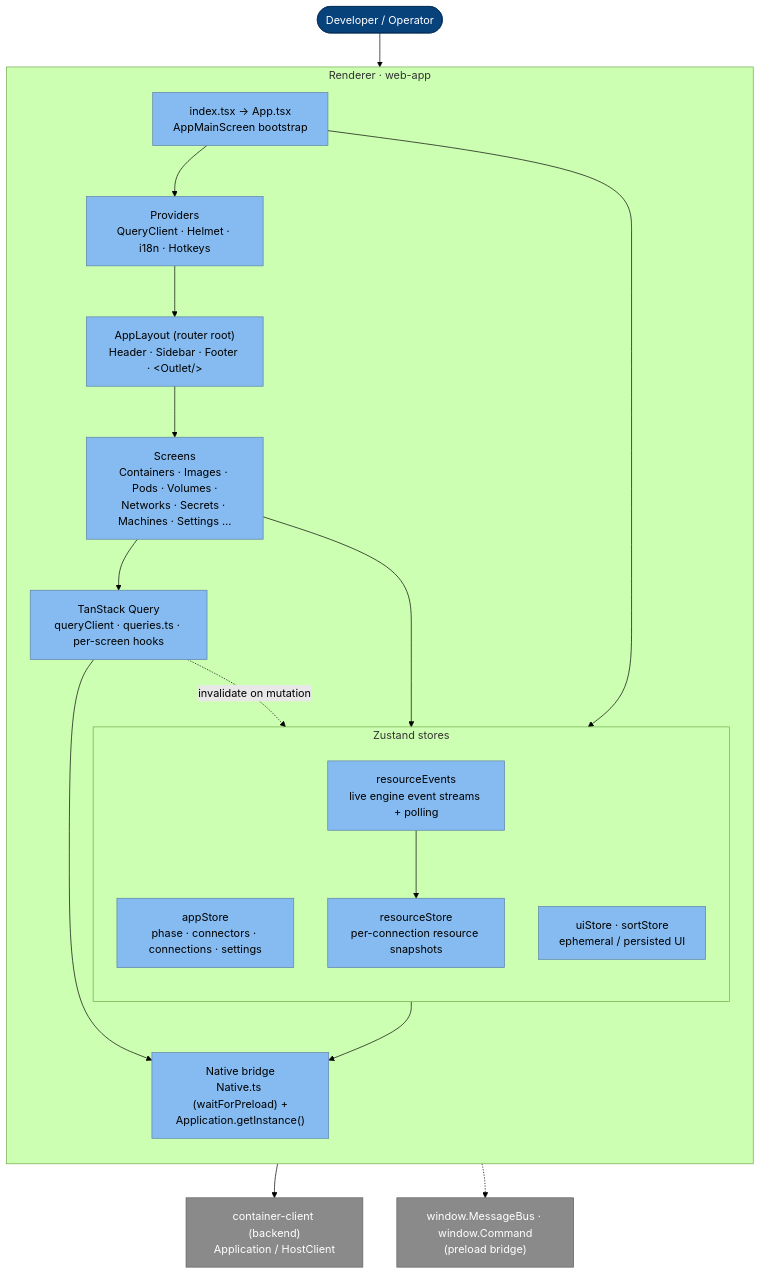
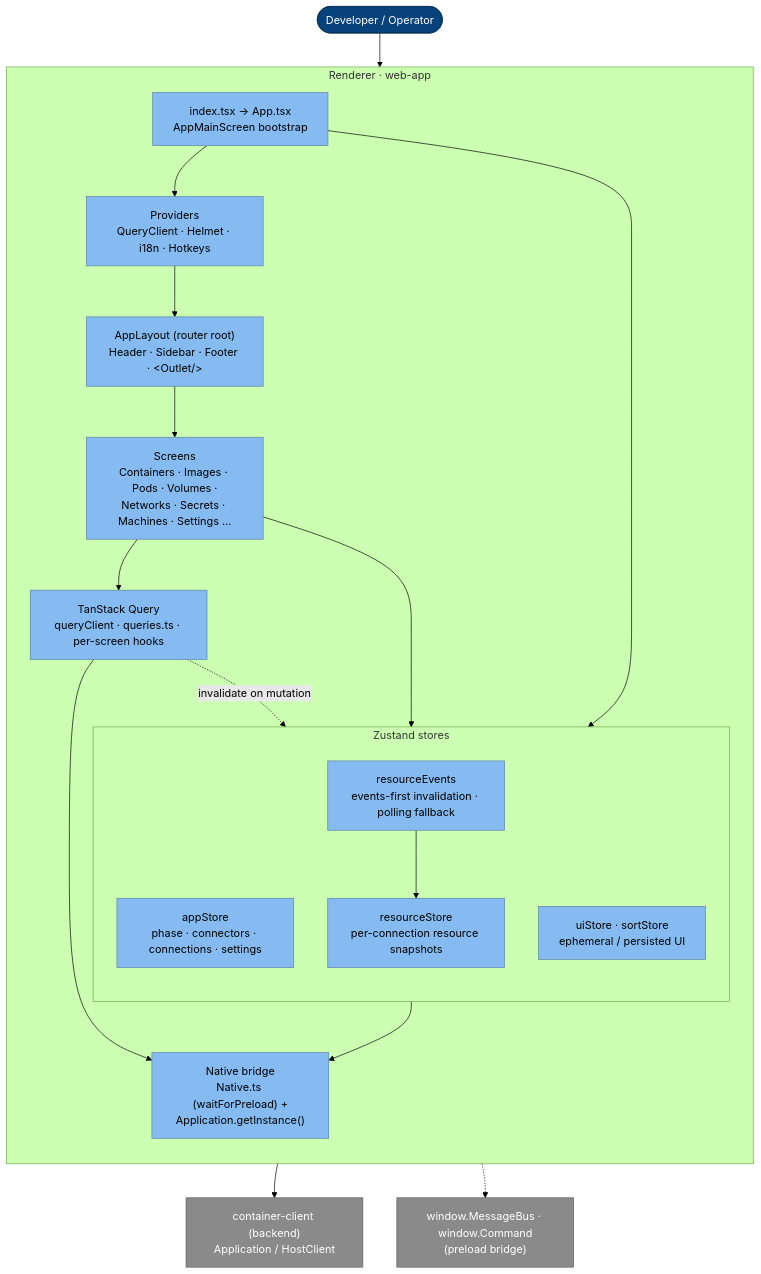
One commit to iongion/container-desktop changed the diagram in docs/architecture/frontend.md. Above: the diagram before and after it, drawn with Mermaid (forest theme). The commit also changed other lines of this file and 11 other files, not shown here.

````diff
--- a/docs/architecture/frontend.md
+++ b/docs/architecture/frontend.md
@@ -14,41 +14,41 @@
 ```mermaid
 flowchart TB
   user([Developer / Operator]):::person
 
   subgraph renderer[Renderer · web-app]
     direction TB
     boot["index.tsx → App.tsx<br/>AppMainScreen bootstrap"]:::component
     providers["Providers<br/>QueryClient · Helmet · i18n · Hotkeys"]:::component
     layout["AppLayout (router root)<br/>Header · Sidebar · Footer · &lt;Outlet/&gt;"]:::component
     screens["Screens<br/>Containers · Images · Pods · Volumes ·<br/>Networks · Secrets · Machines · Settings …"]:::component
 
     subgraph state[Zustand stores]
       direction TB
       appStore["appStore<br/>phase · connectors · connections · settings"]:::component
       resourceStore["resourceStore<br/>per-connection resource snapshots"]:::component
-      resourceEvents["resourceEvents<br/>live engine event streams + polling"]:::component
+      resourceEvents["resourceEvents<br/>events-first invalidation · polling fallback"]:::component
       uiStore["uiStore · sortStore<br/>ephemeral / persisted UI"]:::component
     end
 
     query["TanStack Query<br/>queryClient · queries.ts · per-screen hooks"]:::component
     native["Native bridge<br/>Native.ts (waitForPreload) +<br/>Application.getInstance()"]:::component
   end
 
   backend["container-client (backend)<br/>Application / HostClient"]:::external
   bus["window.MessageBus · window.Command<br/>(preload bridge)"]:::external
 
   user --> boot --> providers --> layout --> screens
   boot --> appStore
   screens --> query
   screens --> uiStore
   query --> native
   appStore --> native
   resourceEvents --> resourceStore
   query -.->|invalidate on mutation| resourceEvents
   native --> backend
   native -.-> bus
 
   classDef person fill:#08427b,color:#fff,stroke:#052e56;
   classDef component fill:#85bbf0,color:#000,stroke:#5d82a8;
   classDef external fill:#8a8a8a,color:#fff,stroke:#5e5e5e;
 ```
````
